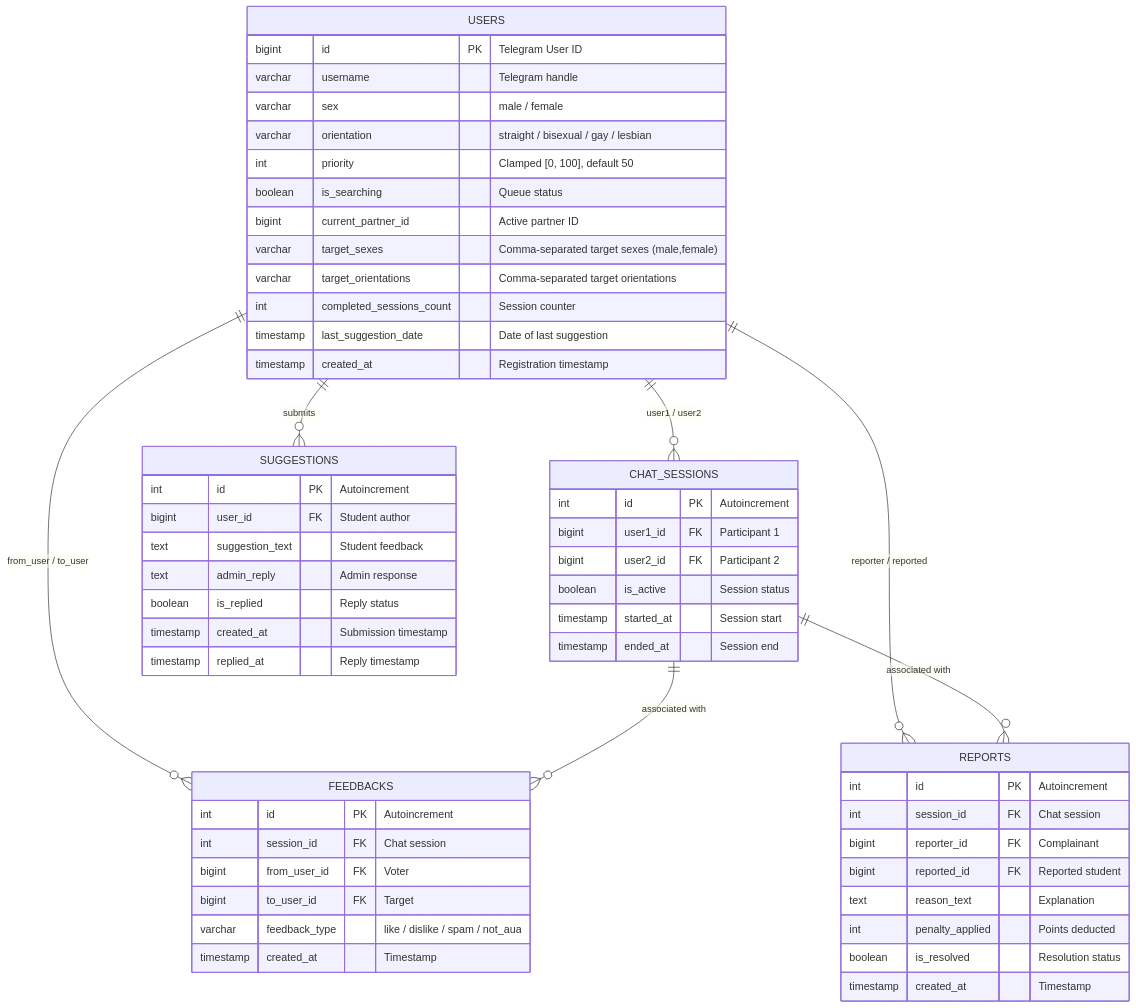
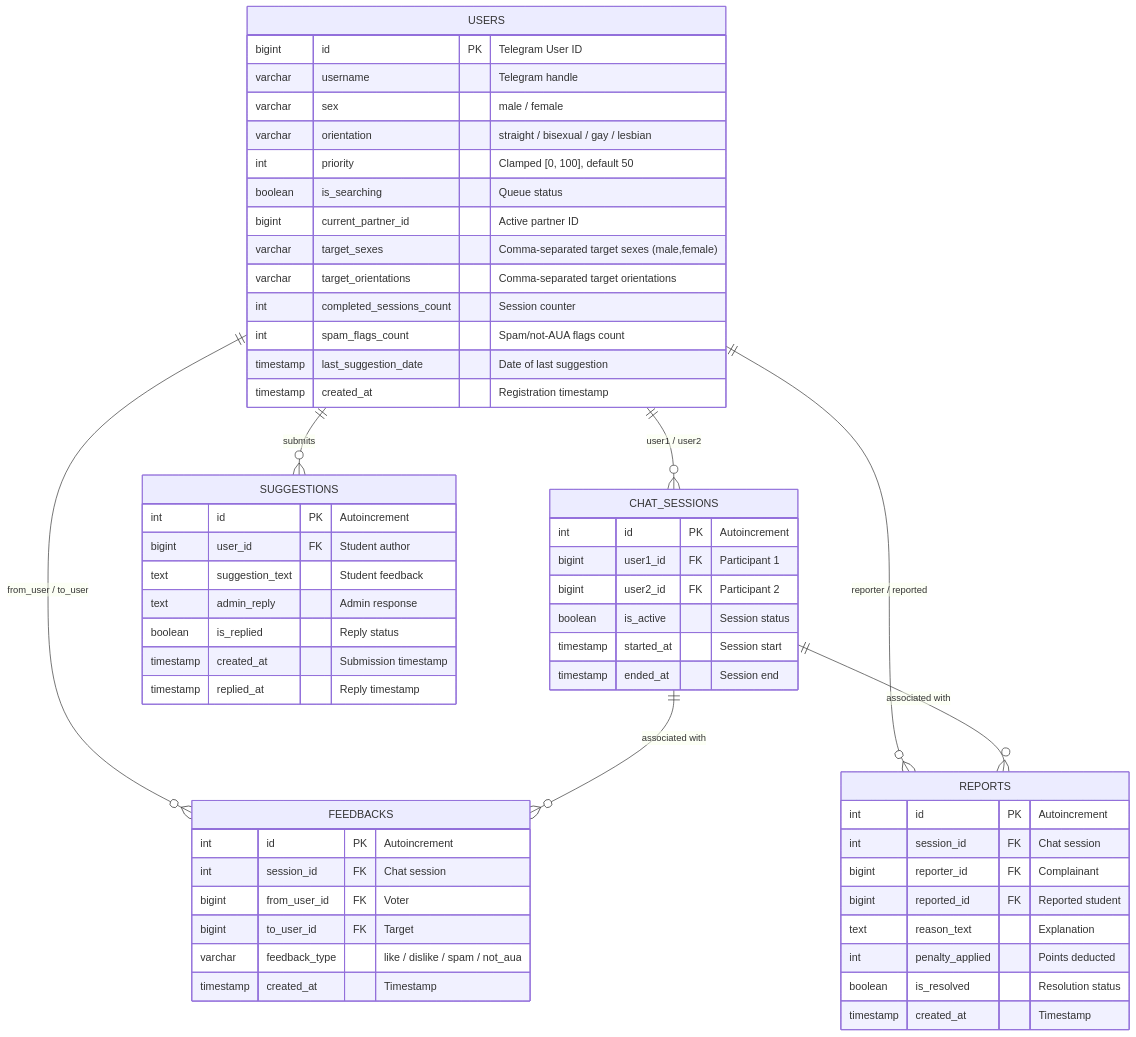
Before and after one commit to GorSargsyan2004/Anonymous-AUA: the second of 2 diagrams in README.md, drawn with Mermaid. The commit also changed other lines of this file and 7 other files, not shown here.

````diff
--- a/README.md
+++ b/README.md
@@ -191,63 +196,64 @@
 ```mermaid
 erDiagram
     USERS ||--o{ CHAT_SESSIONS : "user1 / user2"
     USERS ||--o{ FEEDBACKS : "from_user / to_user"
     USERS ||--o{ REPORTS : "reporter / reported"
     USERS ||--o{ SUGGESTIONS : "submits"
     CHAT_SESSIONS ||--o{ FEEDBACKS : "associated with"
     CHAT_SESSIONS ||--o{ REPORTS : "associated with"
 
     USERS {
         bigint id PK "Telegram User ID"
         varchar username "Telegram handle"
         varchar sex "male / female"
         varchar orientation "straight / bisexual / gay / lesbian"
         int priority "Clamped [0, 100], default 50"
         boolean is_searching "Queue status"
         bigint current_partner_id "Active partner ID"
         varchar target_sexes "Comma-separated target sexes (male,female)"
         varchar target_orientations "Comma-separated target orientations"
         int completed_sessions_count "Session counter"
+        int spam_flags_count "Spam/not-AUA flags count"
         timestamp last_suggestion_date "Date of last suggestion"
         timestamp created_at "Registration timestamp"
     }
 
     CHAT_SESSIONS {
         int id PK "Autoincrement"
         bigint user1_id FK "Participant 1"
         bigint user2_id FK "Participant 2"
         boolean is_active "Session status"
         timestamp started_at "Session start"
         timestamp ended_at "Session end"
     }
 
     FEEDBACKS {
         int id PK "Autoincrement"
         int session_id FK "Chat session"
         bigint from_user_id FK "Voter"
         bigint to_user_id FK "Target"
         varchar feedback_type "like / dislike / spam / not_aua"
         timestamp created_at "Timestamp"
     }
 
     REPORTS {
         int id PK "Autoincrement"
         int session_id FK "Chat session"
         bigint reporter_id FK "Complainant"
         bigint reported_id FK "Reported student"
         text reason_text "Explanation"
         int penalty_applied "Points deducted"
         boolean is_resolved "Resolution status"
         timestamp created_at "Timestamp"
     }
 
     SUGGESTIONS {
         int id PK "Autoincrement"
         bigint user_id FK "Student author"
         text suggestion_text "Student feedback"
         text admin_reply "Admin response"
         boolean is_replied "Reply status"
         timestamp created_at "Submission timestamp"
         timestamp replied_at "Reply timestamp"
     }
 ```
````
